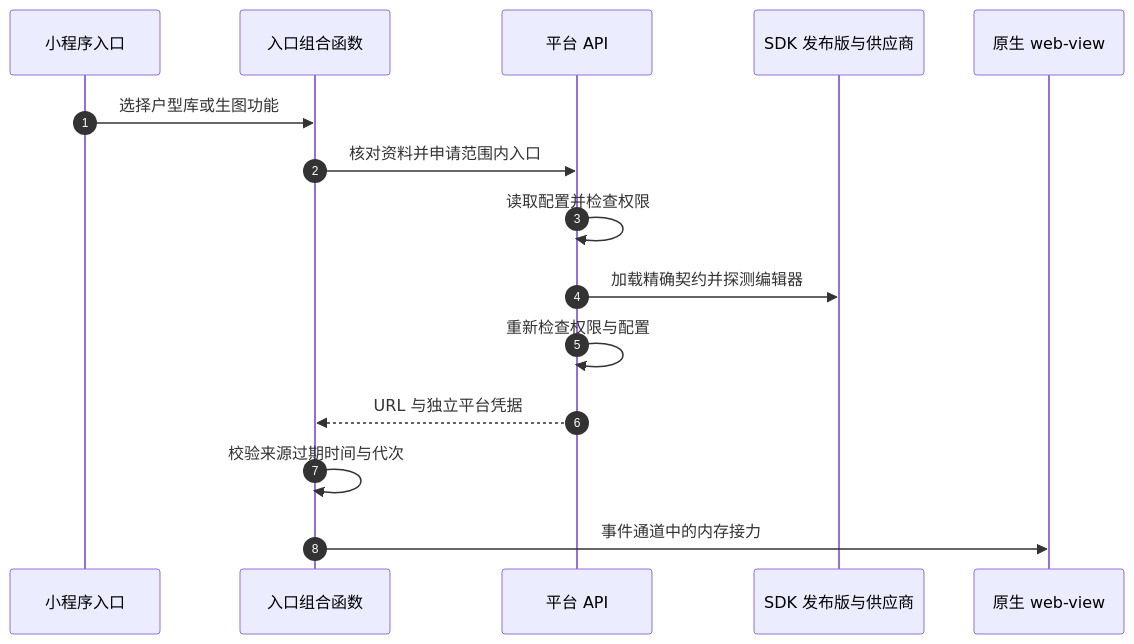
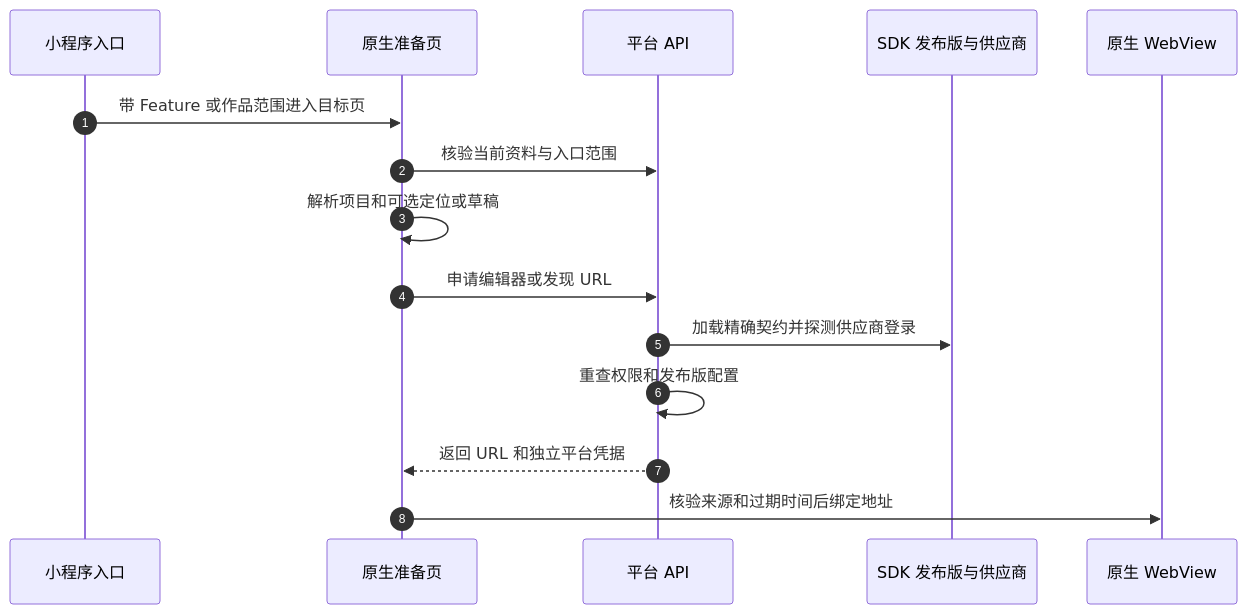
Before and after one commit to Orientation-CD/docs: the diagram in zh/frontend/floor-plans.md, drawn with Mermaid. The commit also changed other lines of this file and 189 other files, not shown here.

````diff
--- a/zh/frontend/floor-plans.md
+++ b/zh/frontend/floor-plans.md
@@ -11,17 +11,17 @@
 ```mermaid
 sequenceDiagram
   autonumber
   participant U as 小程序入口
-  participant E as 入口组合函数
+  participant P as 原生准备页
   participant A as 平台 API
   participant S as SDK 发布版与供应商
-  participant W as 原生 web-view
-  U->>E: 选择户型库或生图功能
-  E->>A: 核对资料并申请范围内入口
-  A->>A: 读取配置并检查权限
-  A->>S: 加载精确契约并探测编辑器
-  A->>A: 重新检查权限与配置
-  A-->>E: URL 与独立平台凭据
-  E->>E: 校验来源过期时间与代次
-  E->>W: 事件通道中的内存接力
+  participant W as 原生 WebView
+  U->>P: 带 Feature 或作品范围进入目标页
+  P->>A: 核验当前资料与入口范围
+  P->>P: 解析项目和可选定位或草稿
+  P->>A: 申请编辑器或发现 URL
+  A->>S: 加载精确契约并探测供应商登录
+  A->>A: 重查权限和发布版配置
+  A-->>P: 返回 URL 和独立平台凭据
+  P->>W: 核验来源和过期时间后绑定地址
 ```
````
